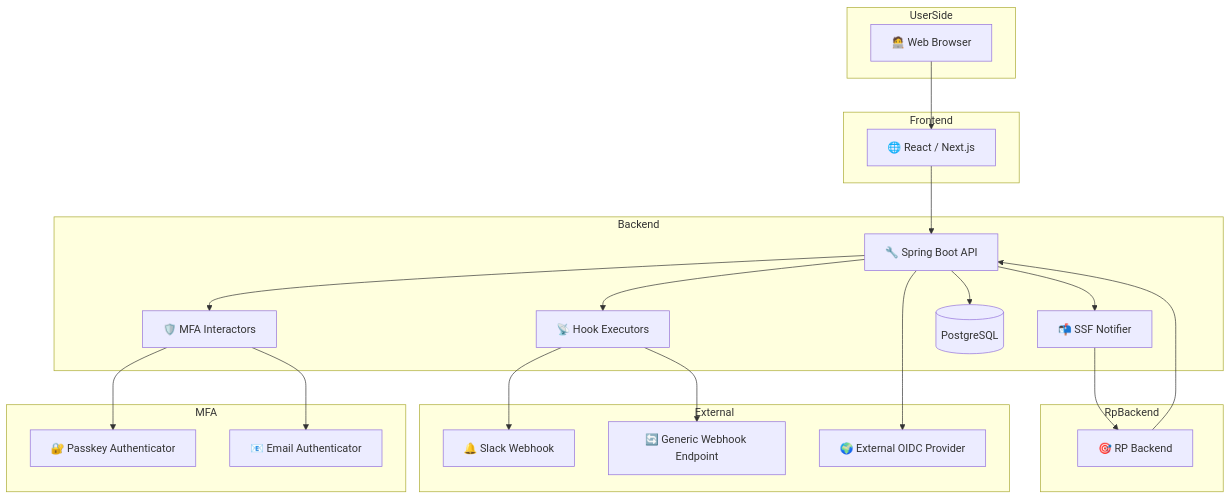
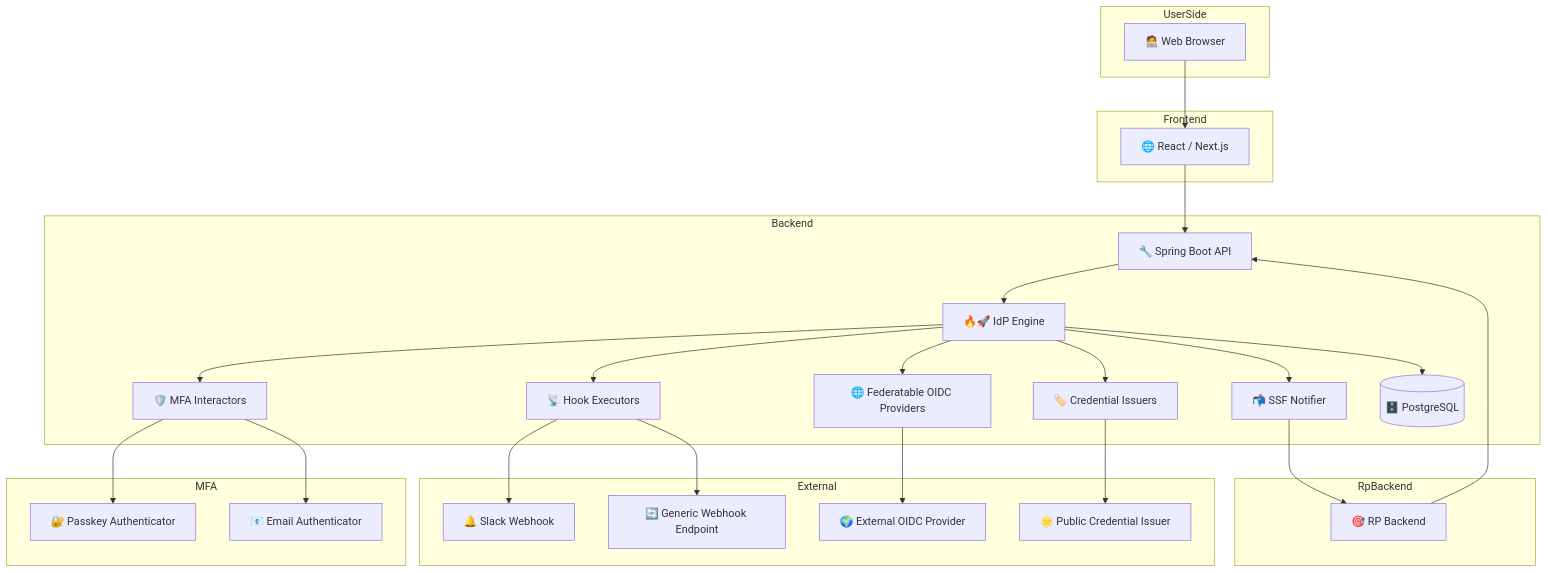
Before and after one commit to hirokazu-kobayashi-koba-hiro/idp-server: the diagram in README.md, drawn with Mermaid.

Commit message:
improve architecture graph to be more correct

````diff
--- a/README.md
+++ b/README.md
@@ -22,51 +22,60 @@
 ```mermaid
 graph TD
 subgraph UserSide
 browser[🧑‍💻 Web Browser]
 end
 
 subgraph Frontend
 frontend[🌐 React / Next.js]
 end
 
 subgraph RpBackend
 rp-backend[🎯 RP Backend]
 end
 
 subgraph Backend
 backend[🔧 Spring Boot API]
+idp-engine[🔥🚀 IdP Engine]
 hook[📡 Hook Executors]
 mfa[🛡️ MFA Interactors]
+credential-issuers[🏷️ Credential Issuers]
+federatable-oidc-providers[🌐 Federatable OIDC Providers]
 ssf[📬 SSF Notifier]
-db[(PostgreSQL)]
+db[(🗄️ PostgreSQL)]
 end
 
 subgraph External
 slack[🔔 Slack Webhook]
 webhook[🔄 Generic Webhook Endpoint]
 oidc[🌍 External OIDC Provider]
+credential-issuer[🌟 Public Credential Issuer]
 end
 
 browser --> frontend
 frontend --> backend
 rp-backend --> backend
-backend --> db
+backend --> idp-engine
 
-backend --> hook
-backend --> mfa
-backend --> ssf
-backend --> oidc
+idp-engine --> db
+idp-engine --> hook
+idp-engine --> mfa
+idp-engine --> credential-issuers
+idp-engine --> federatable-oidc-providers
+idp-engine --> ssf
 
 hook --> slack
 hook --> webhook
+credential-issuers --> credential-issuer
+federatable-oidc-providers --> oidc
 ssf --> rp-backend
 
 subgraph MFA
 passkey[🔐 Passkey Authenticator]
 email[📧 Email Authenticator]
 end
 
 mfa --> passkey
 mfa --> email
 
+
 ```
````
